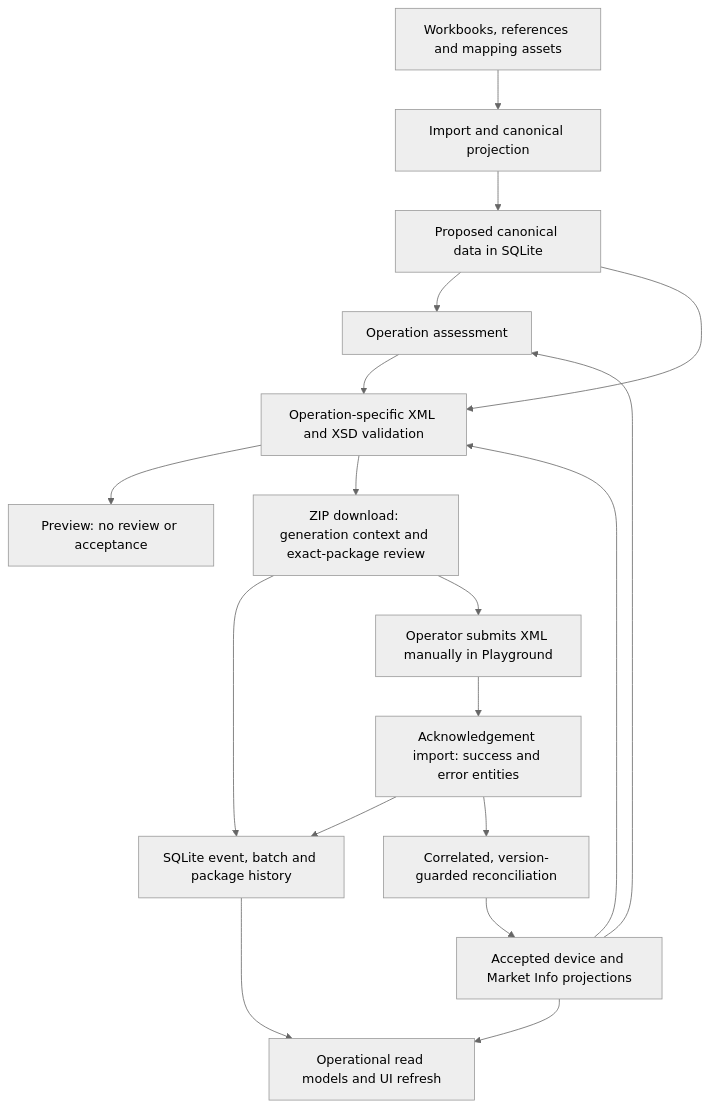
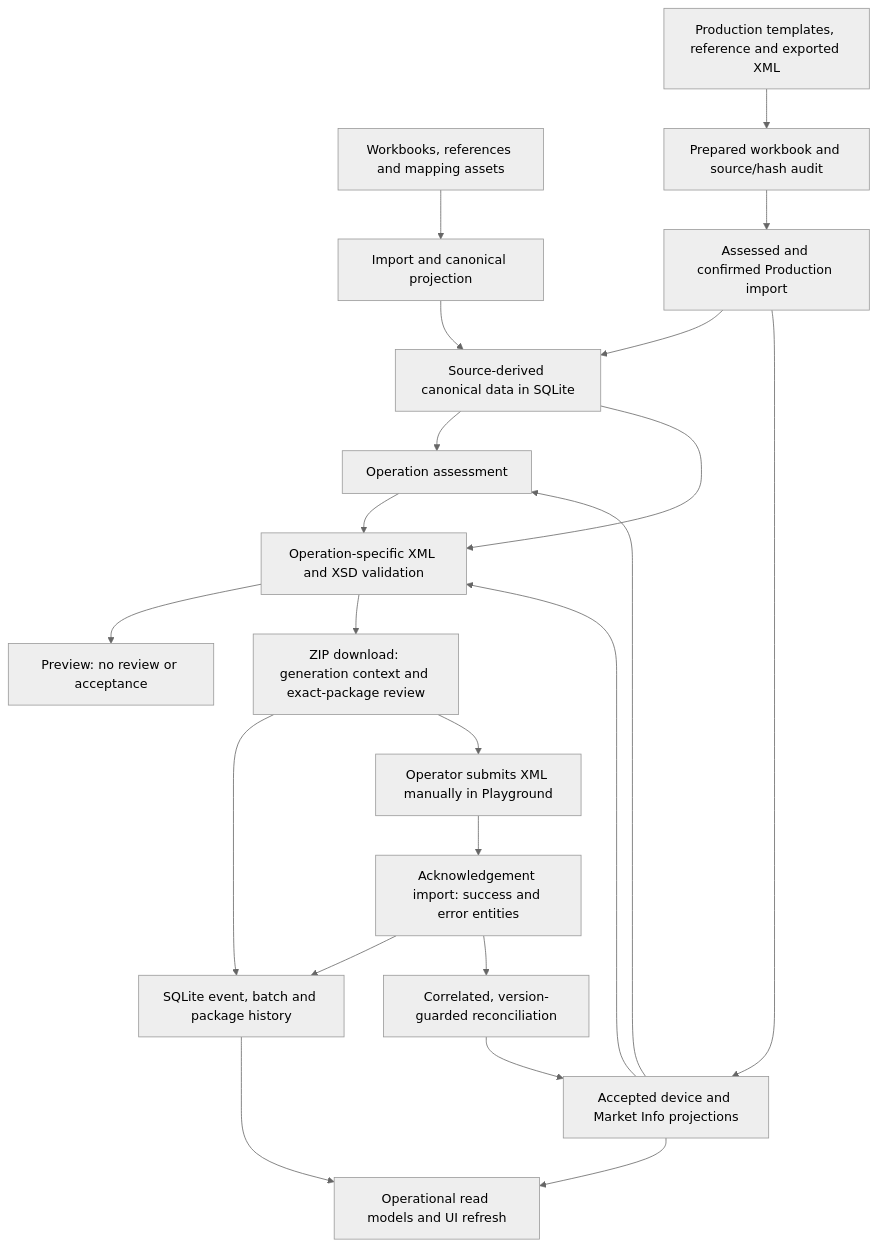
One commit to fcbogle/EUDAMED-Loader changed the diagram in docs/architecture-definition-draft.md. Above: the diagram before and after it, drawn with Mermaid (neutral theme). The commit also changed other lines of this file and 14 other files, not shown here.

````diff
--- a/docs/architecture-definition-draft.md
+++ b/docs/architecture-definition-draft.md
@@ -78,20 +78,24 @@
 ```mermaid
 flowchart TD
     Files["Workbooks, references and mapping assets"] --> Import["Import and canonical projection"]
-    Import --> Proposed["Proposed canonical data in SQLite"]
+    Import --> Proposed["Source-derived canonical data in SQLite"]
+    Exports["Production templates, reference and exported XML"] --> Preparation["Prepared workbook and source/hash audit"]
+    Preparation --> ProdImport["Assessed and confirmed Production import"]
+    ProdImport --> Proposed
+    ProdImport --> Accepted
     Proposed --> Assess["Operation assessment"]
     Accepted["Accepted device and Market Info projections"] --> Assess
     Proposed --> Generate["Operation-specific XML and XSD validation"]
     Assess --> Generate
     Accepted --> Generate
     Generate --> Preview["Preview: no review or acceptance"]
     Generate --> Download["ZIP download: generation context and exact-package review"]
     Download --> History["SQLite event, batch and package history"]
     Download --> Operator["Operator submits XML manually in Playground"]
     Operator --> Ack["Acknowledgement import: success and error entities"]
     Ack --> History
     Ack --> Reconcile["Correlated, version-guarded reconciliation"]
     Reconcile --> Accepted
     Accepted --> ReadModel["Operational read models and UI refresh"]
     History --> ReadModel
 ```
````
